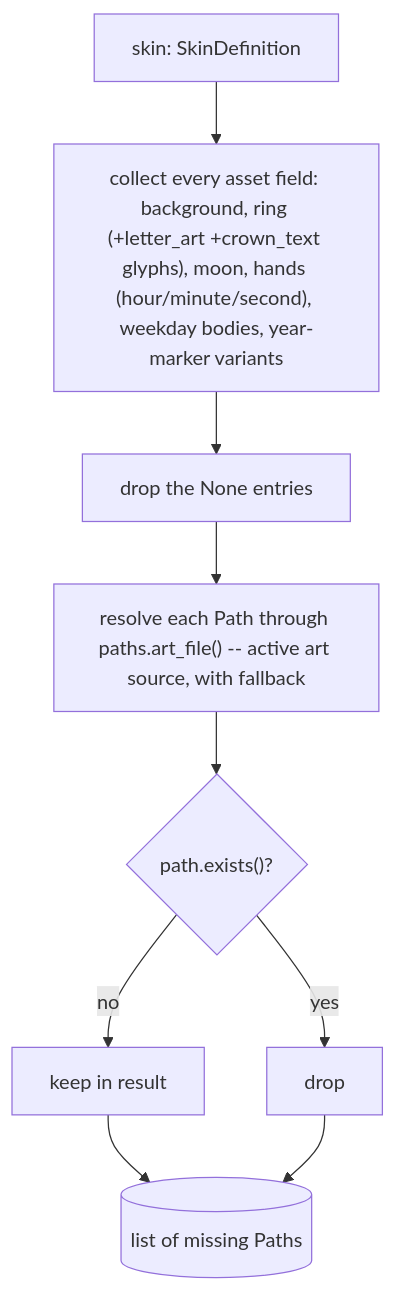
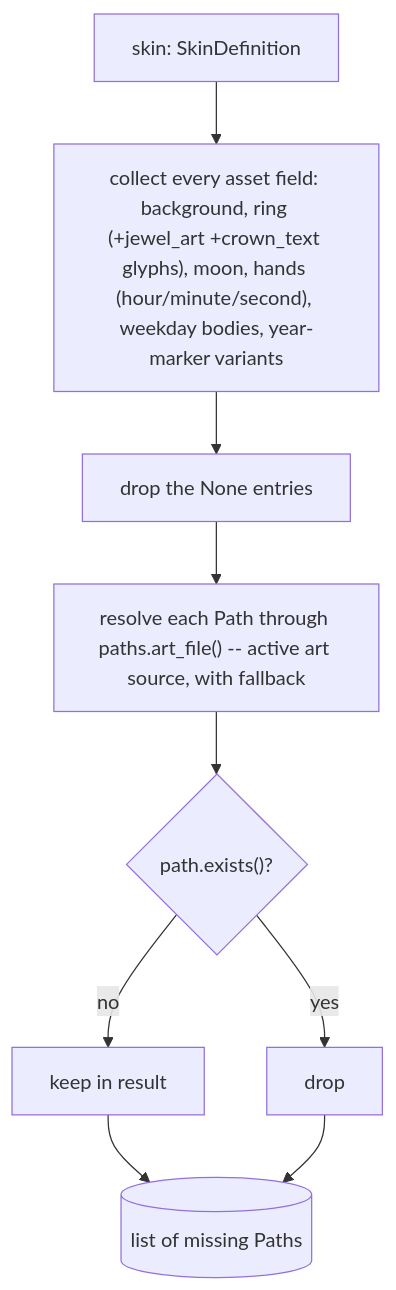
One commit to UVuruna/Watch-Academy changed the diagram in skins/__flow/manifest.md. Above: the diagram before and after it, drawn with Mermaid. The commit also changed other lines of this file and 62 other files, not shown here.

````diff
--- a/skins/__flow/manifest.md
+++ b/skins/__flow/manifest.md
@@ -137,11 +137,11 @@
 ```mermaid
 flowchart TB
-    A["skin: SkinDefinition"] --> B["collect every asset field: background, ring (+letter_art +crown_text glyphs), moon, hands (hour/minute/second), weekday bodies, year-marker variants"]
+    A["skin: SkinDefinition"] --> B["collect every asset field: background, ring (+jewel_art +crown_text glyphs), moon, hands (hour/minute/second), weekday bodies, year-marker variants"]
     B --> C["drop the None entries"]
     C --> D["resolve each Path through paths.art_file() -- active art source, with fallback"]
     D --> E{"path.exists()?"}
     E -- no --> F["keep in result"]
     E -- yes --> G["drop"]
     F --> H[("list of missing Paths")]
     G --> H
 ```
````
